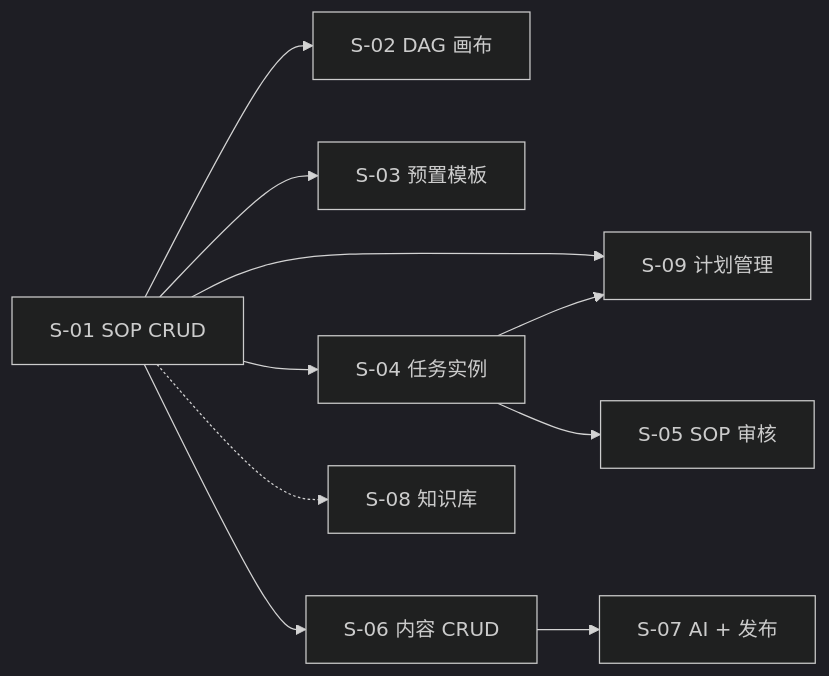
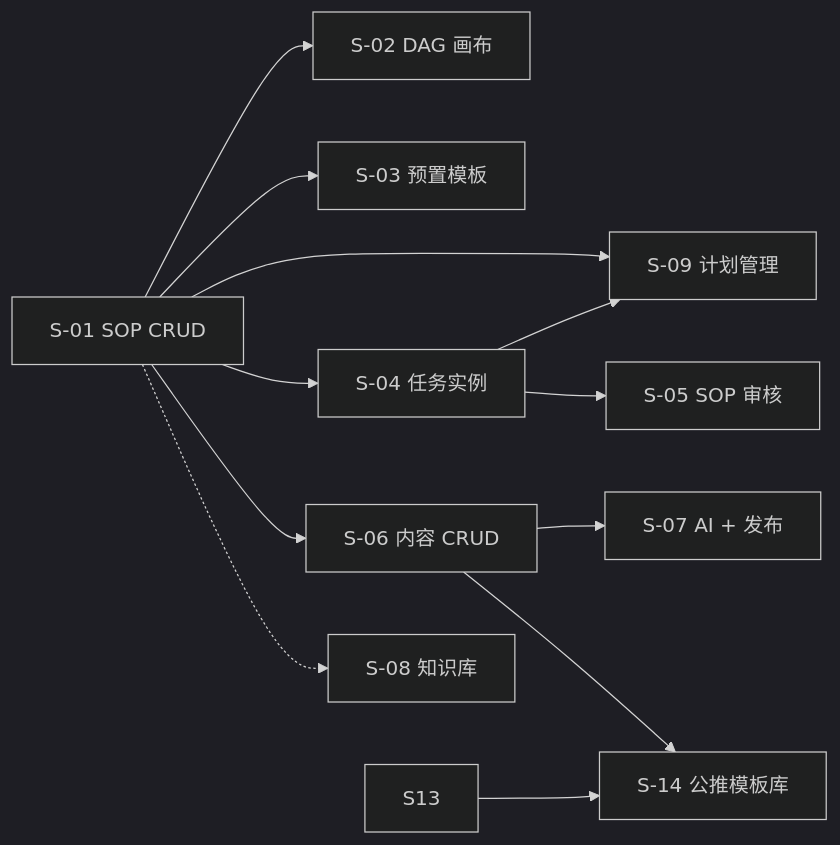
One commit to donnyskyWu/wd-ops changed the diagram in docs/delivery/SLICES-M2-内容生产.md. Above: the diagram before and after it, drawn with Mermaid (dark theme). The commit also changed other lines of this file and 284 other files, not shown here.

````diff
--- a/docs/delivery/SLICES-M2-内容生产.md
+++ b/docs/delivery/SLICES-M2-内容生产.md
@@ -31,12 +32,14 @@
 ```mermaid
 graph LR
     S01[S-01 SOP CRUD] --> S02[S-02 DAG 画布]
     S01 --> S03[S-03 预置模板]
     S01 --> S04[S-04 任务实例]
     S01 --> S09[S-09 计划管理]
     S04 --> S09
     S01 --> S06[S-06 内容 CRUD]
     S04 --> S05[S-05 SOP 审核]
     S06 --> S07[S-07 AI + 发布]
+    S06 --> S14[S-14 公推模板库]
+    S13 --> S14
     S01 -.-> S08[S-08 知识库]
 ```
````
